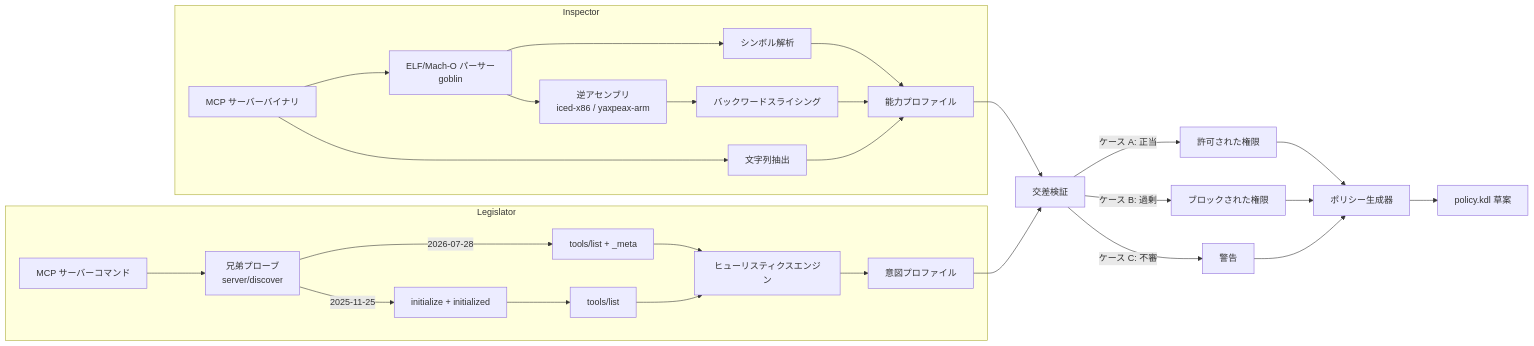
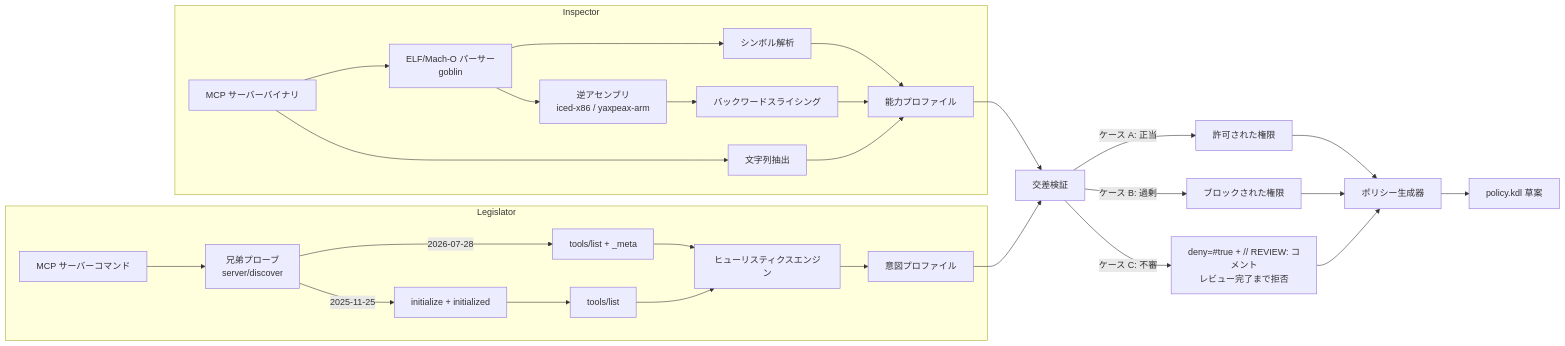
Before and after one commit to strumbyte/mcp-writ: the eighth of 10 diagrams in docs/guide.ja.md, drawn with Mermaid. The commit also changed other lines of this file and 16 other files, not shown here.

````diff
--- a/docs/guide.ja.md
+++ b/docs/guide.ja.md
@@ -500,35 +500,35 @@
 ```mermaid
 flowchart LR
     subgraph Inspector
         B[MCP サーバーバイナリ] --> EP[ELF/Mach-O パーサー<br/>goblin]
         EP --> SY[シンボル解析]
         EP --> DI[逆アセンブリ<br/>iced-x86 / yaxpeax-arm]
         DI --> SL[バックワードスライシング]
         SY --> CP[能力プロファイル]
         SL --> CP
         B --> ST[文字列抽出]
         ST --> CP
     end
 
     subgraph Legislator
         CMD["MCP サーバーコマンド"] --> PROBE["兄弟プローブ<br/>server/discover"]
         PROBE -->|2026-07-28| TL["tools/list + _meta"]
         PROBE -->|2025-11-25| INIT["initialize + initialized"]
         INIT --> TL2["tools/list"]
         TL --> HE[ヒューリスティクスエンジン]
         TL2 --> HE
         HE --> IP[意図プロファイル]
     end
 
     CP --> XV[交差検証]
     IP --> XV
 
     XV -->|ケース A: 正当| AL[許可された権限]
     XV -->|ケース B: 過剰| BL[ブロックされた権限]
-    XV -->|ケース C: 不審| WA[警告]
+    XV -->|ケース C: 不審| WA["deny=#true + // REVIEW: コメント<br/>レビュー完了まで拒否"]
 
     AL --> PG[ポリシー生成器]
     BL --> PG
     WA --> PG
     PG --> PT[policy.kdl 草案]
 ```
````
